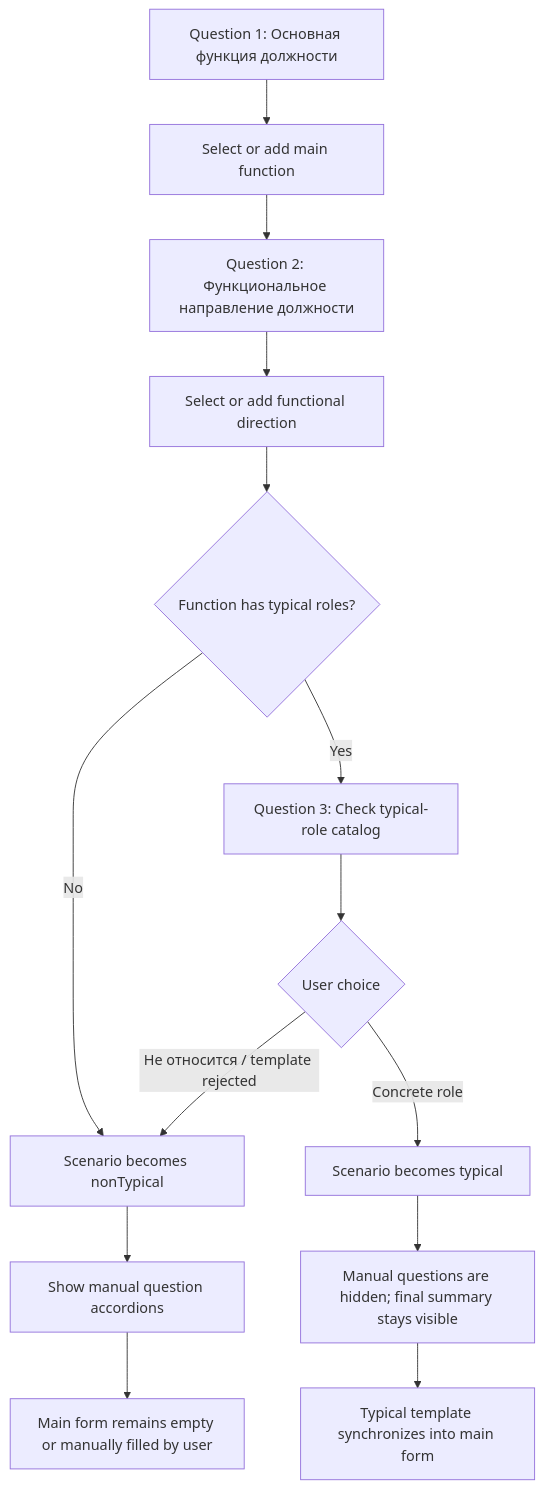
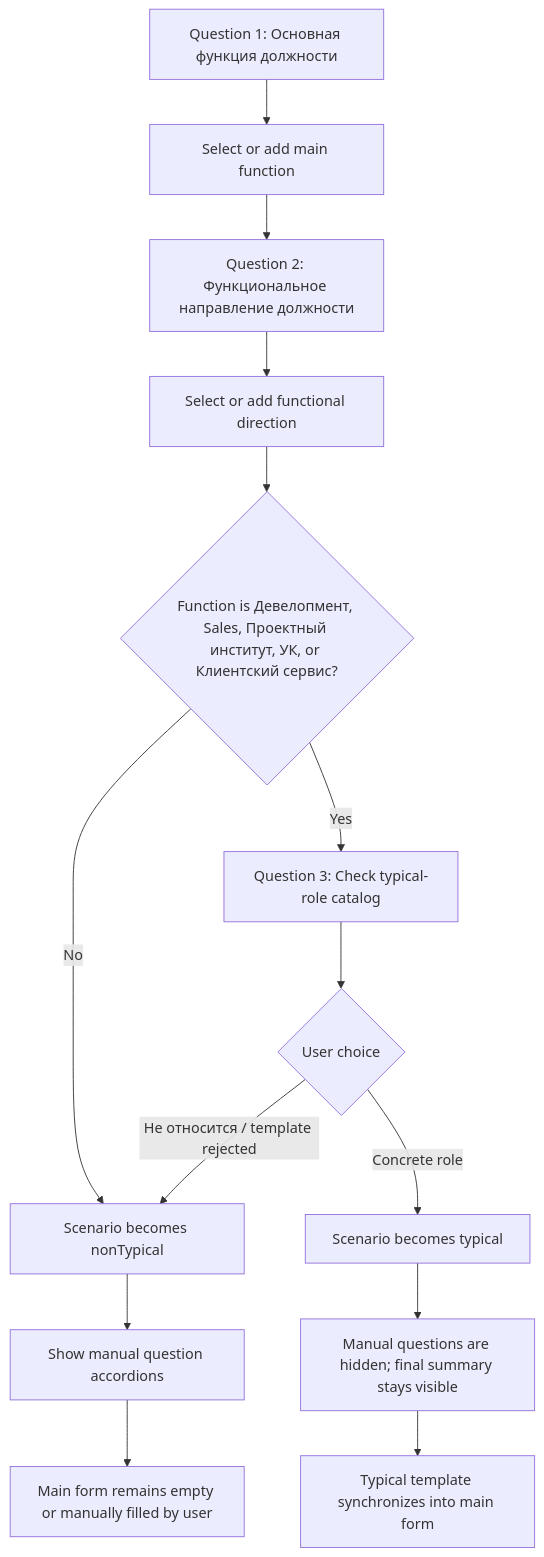
The third of 7 diagrams in docs/components/profile-survey/user-flows.md (Anton-Sukhankin/HR-Profiling-Block), drawn with Mermaid before and after one commit. The commit also changed 6 other files, not shown here.

````diff
--- a/docs/components/profile-survey/user-flows.md
+++ b/docs/components/profile-survey/user-flows.md
@@ -27,16 +27,16 @@
 ```mermaid
 flowchart TD
   A["Question 1: Основная функция должности"] --> B["Select or add main function"]
   B --> C["Question 2: Функциональное направление должности"]
   C --> D["Select or add functional direction"]
-  D --> E{"Function has typical roles?"}
+  D --> E{"Function is Девелопмент, Sales, Проектный институт, УК, or Клиентский сервис?"}
   E -->|No| F["Scenario becomes nonTypical"]
   F --> G["Show manual question accordions"]
   E -->|Yes| H["Question 3: Check typical-role catalog"]
   H --> I{"User choice"}
   I -->|Concrete role| J["Scenario becomes typical"]
   J --> K["Manual questions are hidden; final summary stays visible"]
   I -->|Не относится / template rejected| F
   G --> L["Main form remains empty or manually filled by user"]
   K --> M["Typical template synchronizes into main form"]
 ```
````
